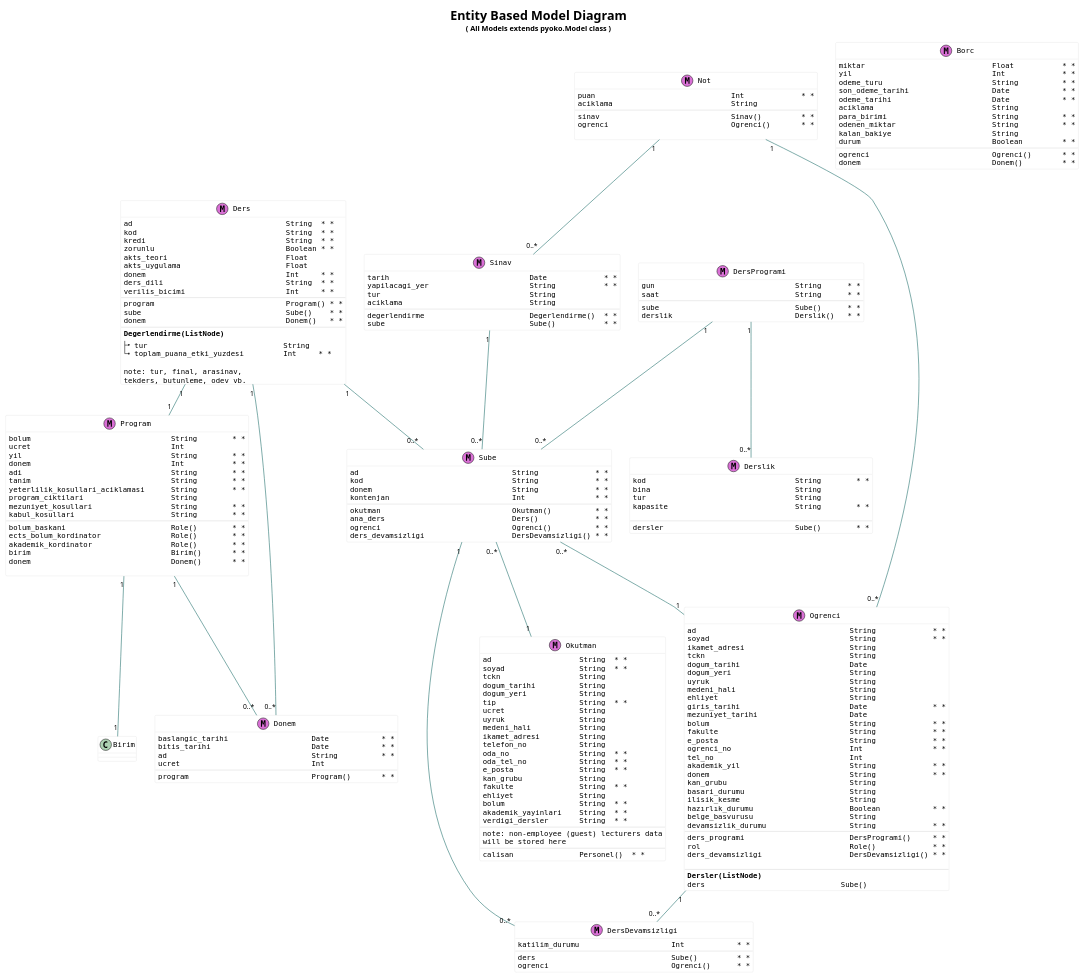
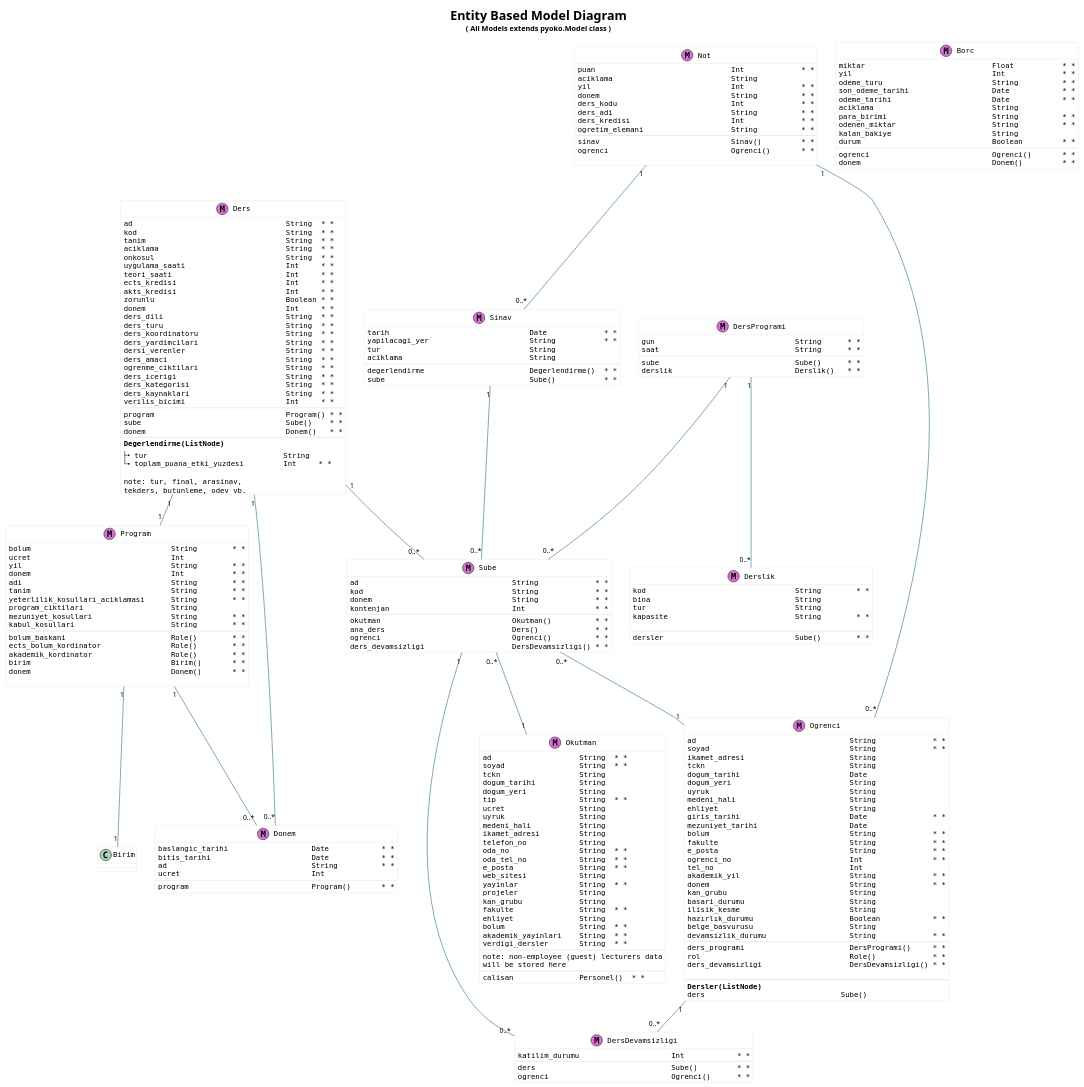
Before and after one commit to zetaops/ulakbus.org: the diagram in source/diagrams/student-models.puml, drawn with PlantUML.

Commit message:
student model

```diff
--- a/source/diagrams/student-models.puml
+++ b/source/diagrams/student-models.puml
@@ -39,6 +39,9 @@
 oda_no                String  * *
 oda_tel_no            String  * *
 e_posta               String  * *
+web_sitesi            String
+yayinlar              String  * *
+projeler              String
 kan_grubu             String
 fakulte               String  * *
 ehliyet               String
@@ -96,12 +99,25 @@
 class Ders<<(M,orchid)>>{
 ad                                   String  * *
 kod                                  String  * *
-kredi                                String  * *
+tanim                                String  * *
+aciklama                             String  * *
+onkosul                              String  * *
+uygulama_saati                       Int     * *
+teori_saati                          Int     * *
+ects_kredisi                         Int     * *
+akts_kredisi                         Int     * *
 zorunlu                              Boolean * *
-akts_teori                           Float
-akts_uygulama                        Float
 donem                                Int     * *
 ders_dili                            String  * *
+ders_turu                            String  * *
+ders_koordinatoru                    String  * *
+ders_yardimcilari                    String  * *
+dersi_verenler                       String  * *
+ders_amaci                           String  * *
+ogrenme_ciktilari                    String  * *
+ders_icerigi                         String  * *
+ders_kategorisi                      String  * *
+ders_kaynaklari                      String  * *
 verilis_bicimi                       Int     * *
 --
 program                              Program() * *
@@ -198,6 +214,12 @@
 class Not <<(M,orchid)>> {
 puan                               Int             * *
 aciklama                           String
+yil                                Int             * *
+donem                              String          * *
+ders_kodu                          Int             * *
+ders_adi                           String          * *
+ders_kredisi                       Int             * *
+ogretim_elemani                    String          * *
 --
 sinav                              Sinav()         * *
 ogrenci                            Ogrenci()       * *
```
